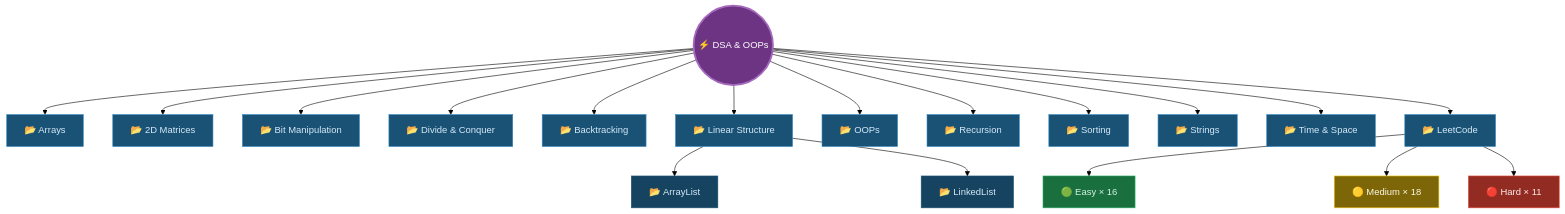
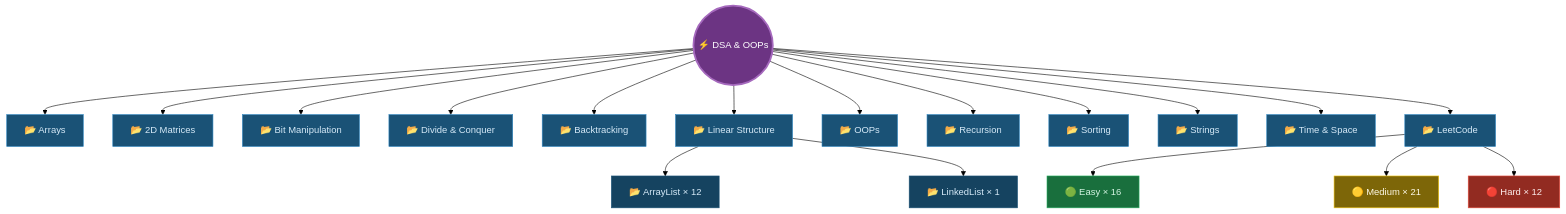
Before and after one commit to raghuvanshi-sec/DSA: the second of 2 diagrams in README.md, drawn with Mermaid (forest theme). The commit also changed other lines of this file and 12 other files, not shown here.

First line of the commit message:
docs: update README with LinkedList implementation and 49 LeetCode problems

````diff
--- a/README.md
+++ b/README.md
@@ -82,43 +81,43 @@
 ```mermaid
     flowchart TD
     R(("⚡ DSA & OOPs"))
 
     R --> A["📂 Arrays"]
     R --> M["📂 2D Matrices"]
     R --> B["📂 Bit Manipulation"]
     R --> DC["📂 Divide & Conquer"]
     R --> BK["📂 Backtracking"]
     R --> LS["📂 Linear Structure"]
     R --> O["📂 OOPs"]
     R --> REC["📂 Recursion"]
     R --> S["📂 Sorting"]
     R --> ST["📂 Strings"]
     R --> TS["📂 Time & Space"]
     R --> LC["📂 LeetCode"]
 
-    LS --> AL["📂 ArrayList"]
-    LS --> LL["📂 LinkedList"]
+    LS --> AL["📂 ArrayList × 12"]
+    LS --> LL["📂 LinkedList × 1"]
 
     LC --> E["🟢 Easy × 16"]
-    LC --> MD["🟡 Medium × 18"]
-    LC --> H["🔴 Hard × 11"]
+    LC --> MD["🟡 Medium × 21"]
+    LC --> H["🔴 Hard × 12"]
 
     style R fill:#6c3483,stroke:#a569bd,stroke-width:3px,color:#fff
     style A fill:#1a5276,stroke:#2e86c1,color:#d6eaf8
     style M fill:#1a5276,stroke:#2e86c1,color:#d6eaf8
     style B fill:#1a5276,stroke:#2e86c1,color:#d6eaf8
     style DC fill:#1a5276,stroke:#2e86c1,color:#d6eaf8
     style BK fill:#1a5276,stroke:#2e86c1,color:#d6eaf8
     style LS fill:#1a5276,stroke:#2e86c1,color:#d6eaf8
     style AL fill:#154360,stroke:#1a5276,color:#d6eaf8
     style LL fill:#154360,stroke:#1a5276,color:#d6eaf8
     style O fill:#1a5276,stroke:#2e86c1,color:#d6eaf8
     style REC fill:#1a5276,stroke:#2e86c1,color:#d6eaf8
     style S fill:#1a5276,stroke:#2e86c1,color:#d6eaf8
     style ST fill:#1a5276,stroke:#2e86c1,color:#d6eaf8
     style TS fill:#1a5276,stroke:#2e86c1,color:#d6eaf8
     style LC fill:#1a5276,stroke:#2e86c1,color:#d6eaf8
     style E fill:#196f3d,stroke:#27ae60,color:#d5f5e3
     style MD fill:#7d6608,stroke:#f1c40f,color:#fef9e7
     style H fill:#922b21,stroke:#e74c3c,color:#fdedec
 ```
````
